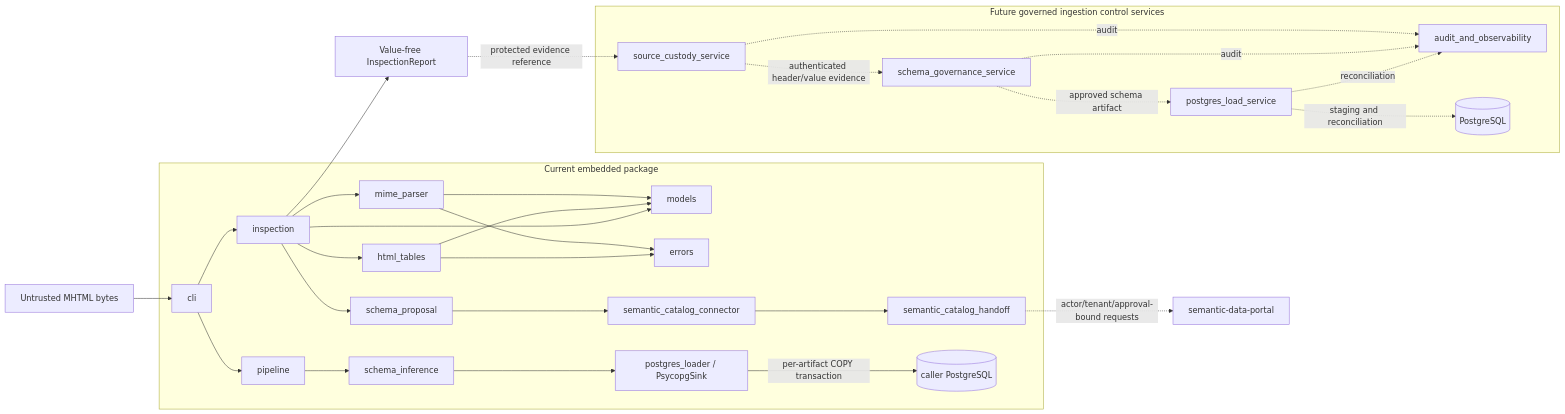
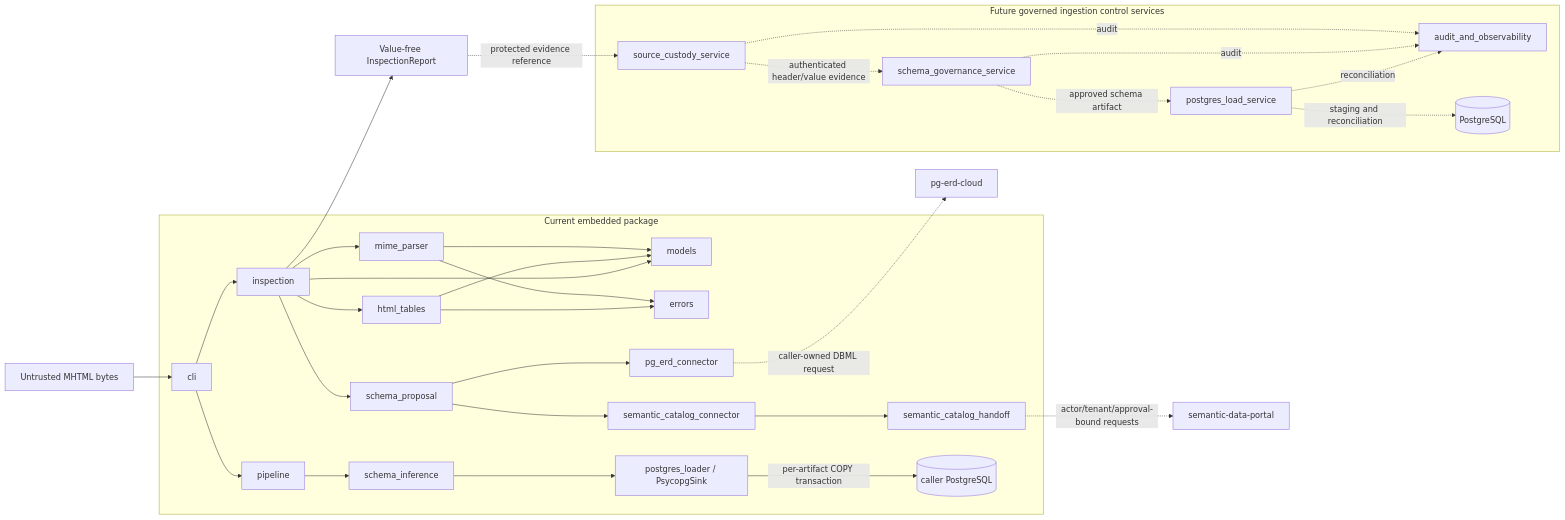
One commit to ContextualWisdomLab/mhtml-etl-gateway changed the first of 6 diagrams in docs/UML.md. Above: the diagram before and after it, drawn with Mermaid. The commit also changed other lines of this file and 21 other files, not shown here.

Commit message:
feat: add pg-erd-cloud schema visualization handoff

````diff
--- a/docs/UML.md
+++ b/docs/UML.md
@@ -12,53 +12,56 @@
 ```mermaid
 flowchart LR
     subgraph current[Current embedded package]
         CLI[cli]
         MOD[models]
         ERR[errors]
         MIME[mime_parser]
         HTML[html_tables]
         INS[inspection]
         CLI --> INS
         INS --> MIME
         INS --> HTML
         MIME --> MOD
         HTML --> MOD
         MIME --> ERR
         HTML --> ERR
     INS --> MOD
         PROPOSAL[schema_proposal]
         CATALOG[semantic_catalog_connector]
         HANDOFF[semantic_catalog_handoff]
+        PG_ERD[pg_erd_connector]
         PIPE[pipeline]
         CURRENT_SCHEMA[schema_inference]
         LOADER[postgres_loader / PsycopgSink]
         TARGET[(caller PostgreSQL)]
         INS --> PROPOSAL
         PROPOSAL --> CATALOG
         CATALOG --> HANDOFF
+        PROPOSAL --> PG_ERD
         CLI --> PIPE
         PIPE --> CURRENT_SCHEMA
         CURRENT_SCHEMA --> LOADER
         LOADER -->|per-artifact COPY transaction| TARGET
     end
 
     SRC[Untrusted MHTML bytes] --> CLI
     INS --> REPORT[Value-free InspectionReport]
 
     subgraph future[Future governed ingestion control services]
         CUST[source_custody_service]
         FUTURE_SCHEMA[schema_governance_service]
         LOAD[postgres_load_service]
         AUDIT[audit_and_observability]
         STORE[(PostgreSQL)]
     end
 
     REPORT -. protected evidence reference .-> CUST
     HANDOFF -. actor/tenant/approval-bound requests .-> PORTAL[semantic-data-portal]
+    PG_ERD -. caller-owned DBML request .-> PG_ERD_CLOUD[pg-erd-cloud]
     CUST -. authenticated header/value evidence .-> FUTURE_SCHEMA
     FUTURE_SCHEMA -. approved schema artifact .-> LOAD
     LOAD -. staging and reconciliation .-> STORE
     CUST -. audit .-> AUDIT
     FUTURE_SCHEMA -. audit .-> AUDIT
     LOAD -. reconciliation .-> AUDIT
 ```
````
